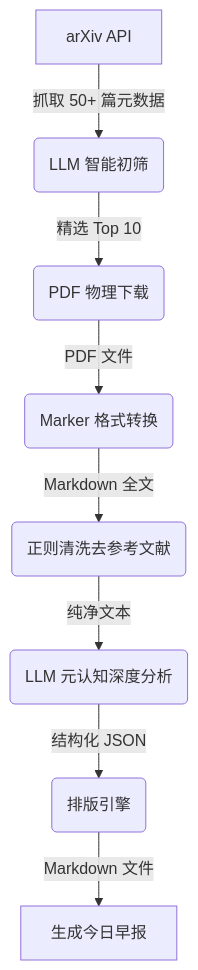
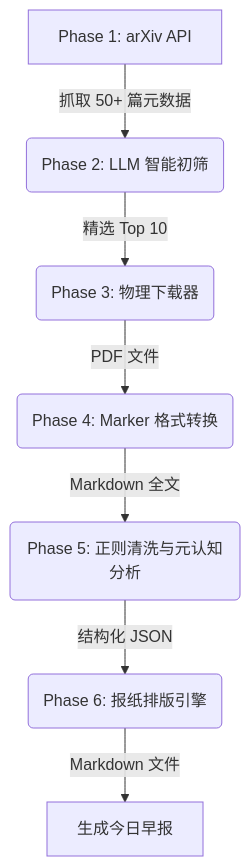
The diagram in readme.md (Albertdeng23/arvixNewspaper), drawn with Mermaid before and after one commit. The commit also changed other lines of this file and 1 other file, not shown here.

````diff
--- a/readme.md
+++ b/readme.md
@@ -17,10 +53,9 @@
 ```mermaid
 graph TD
-    A[arXiv API] -->|抓取 50+ 篇元数据| B(LLM 智能初筛)
-    B -->|精选 Top 10| C(PDF 物理下载)
-    C -->|PDF 文件| D(Marker 格式转换)
-    D -->|Markdown 全文| E(正则清洗去参考文献)
-    E -->|纯净文本| F(LLM 元认知深度分析)
-    F -->|结构化 JSON| G(排版引擎)
-    G -->|Markdown 文件| H[生成今日早报]
+    A[Phase 1: arXiv API] -->|抓取 50+ 篇元数据| B(Phase 2: LLM 智能初筛)
+    B -->|精选 Top 10| C(Phase 3: 物理下载器)
+    C -->|PDF 文件| D(Phase 4: Marker 格式转换)
+    D -->|Markdown 全文| E(Phase 5: 正则清洗与元认知分析)
+    E -->|结构化 JSON| F(Phase 6: 报纸排版引擎)
+    F -->|Markdown 文件| G[生成今日早报]
 ```
````
